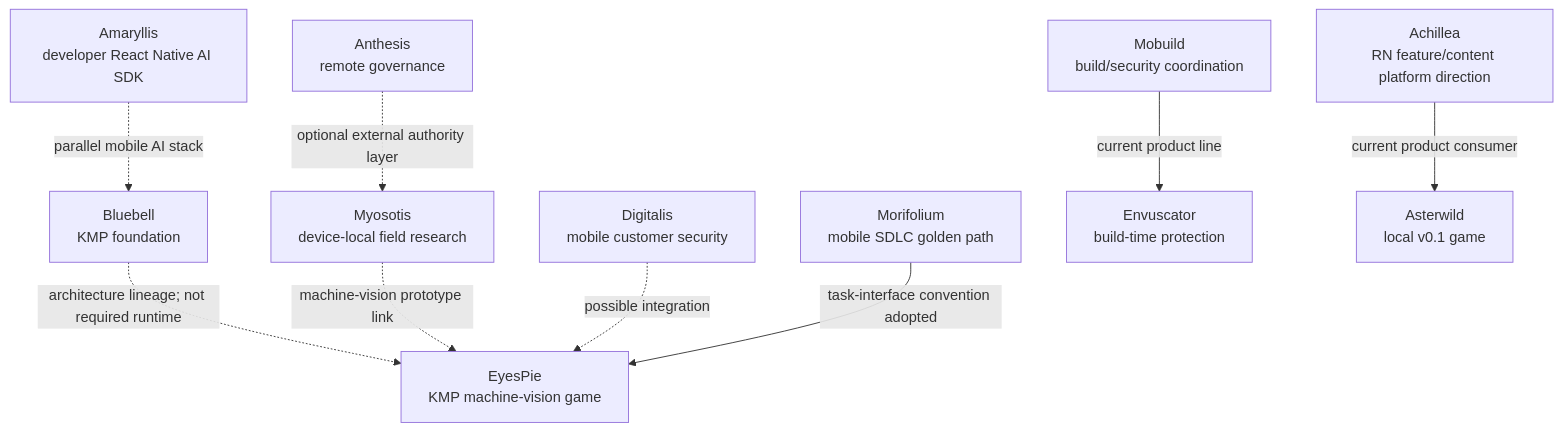
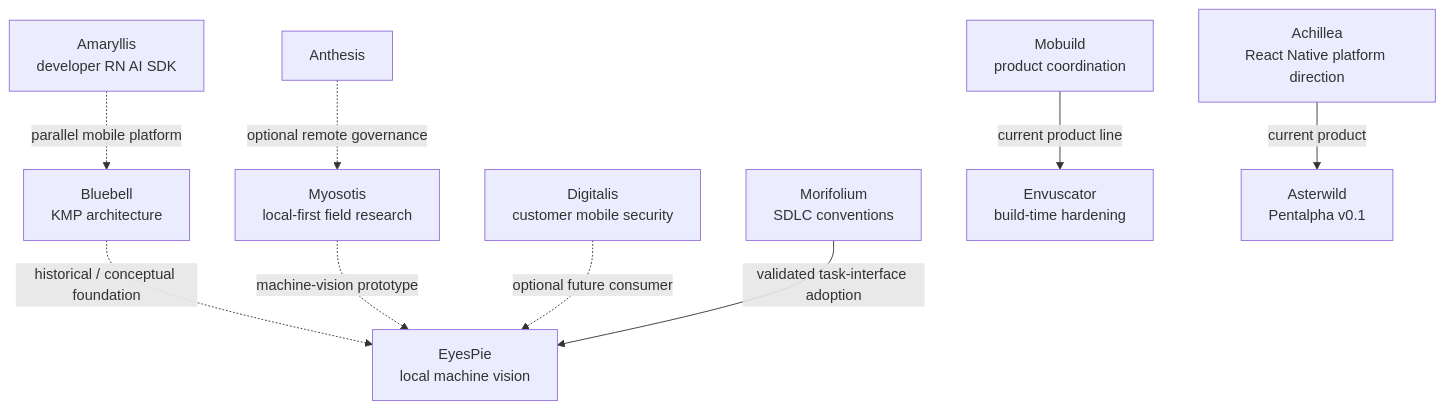
Before and after one commit to hackelia-micrantha/.github: the fourth of 6 diagrams in docs/architecture/ecosystem-integration.md, drawn with Mermaid. The commit also changed other lines of this file, not shown here.

````diff
--- a/docs/architecture/ecosystem-integration.md
+++ b/docs/architecture/ecosystem-integration.md
@@ -79,11 +93,11 @@
 ```mermaid
 flowchart TB
-    Blue["Bluebell<br/>KMP foundation"] -. "architecture lineage; not required runtime" .-> Eyes["EyesPie<br/>KMP machine-vision game"]
-    Myo["Myosotis<br/>device-local field research"] -. "machine-vision prototype link" .-> Eyes
-    Ant["Anthesis<br/>remote governance"] -. "optional external authority layer" .-> Myo
-    Dig["Digitalis<br/>mobile customer security"] -. "possible integration" .-> Eyes
-    Mor["Morifolium<br/>mobile SDLC golden path"] -->|"task-interface convention adopted"| Eyes
-    Amy["Amaryllis<br/>developer React Native AI SDK"] -. "parallel mobile AI stack" .-> Blue
-    Mob["Mobuild<br/>build/security coordination"] -->|"current product line"| Env["Envuscator<br/>build-time protection"]
-    Ach["Achillea<br/>RN feature/content platform direction"] -->|"current product consumer"| Aster["Asterwild<br/>local v0.1 game"]
+    Blue["Bluebell<br/>KMP architecture"] -. "historical / conceptual foundation" .-> Eyes["EyesPie<br/>local machine vision"]
+    Myo["Myosotis<br/>local-first field research"] -. "machine-vision prototype" .-> Eyes
+    Ant["Anthesis"] -. "optional remote governance" .-> Myo
+    Dig["Digitalis<br/>customer mobile security"] -. "optional future consumer" .-> Eyes
+    Mor["Morifolium<br/>SDLC conventions"] -->|"validated task-interface adoption"| Eyes
+    Amy["Amaryllis<br/>developer RN AI SDK"] -. "parallel mobile platform" .-> Blue
+    Mob["Mobuild<br/>product coordination"] -->|"current product line"| Env["Envuscator<br/>build-time hardening"]
+    Ach["Achillea<br/>React Native platform direction"] -->|"current product"| Aster["Asterwild<br/>Pentalpha v0.1"]
 ```
````
